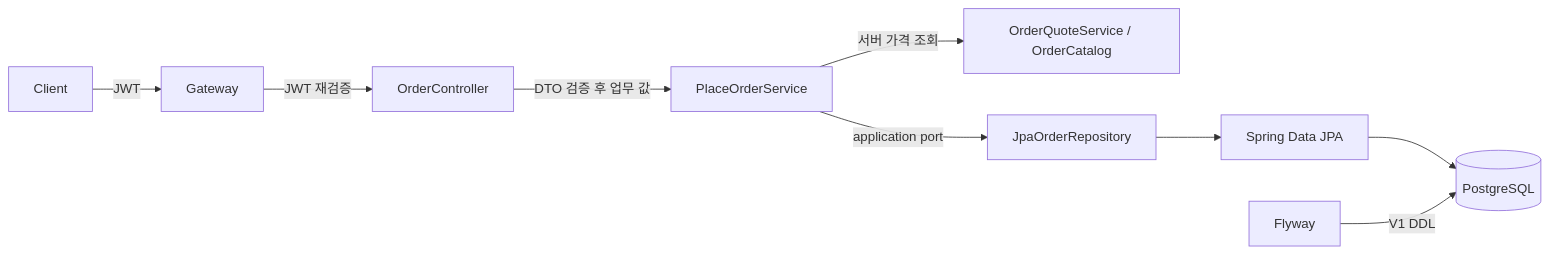
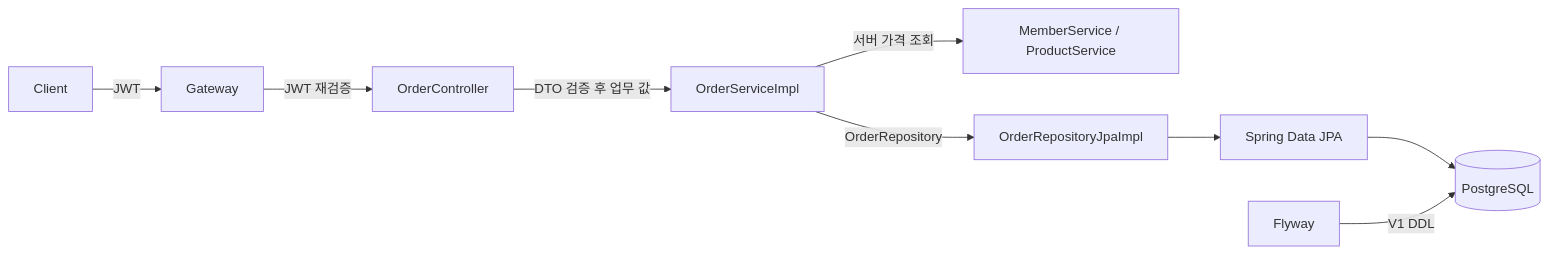
The diagram in docs/learning/12-postgresql-jpa-flyway.md (vaders-hub/spring-gateway-docker-sample), drawn with Mermaid before and after one commit. The commit also changed other lines of this file and 162 other files, not shown here.

First line of the commit message:
refactor: adopt service and repository package structure

````diff
--- a/docs/learning/12-postgresql-jpa-flyway.md
+++ b/docs/learning/12-postgresql-jpa-flyway.md
@@ -10,11 +10,11 @@
 ```mermaid
 flowchart LR
   Client -->|JWT| Gateway
   Gateway -->|JWT 재검증| Controller[OrderController]
-  Controller -->|DTO 검증 후 업무 값| Service[PlaceOrderService]
-  Service -->|서버 가격 조회| Quote[OrderQuoteService / OrderCatalog]
-  Service -->|application port| Adapter[JpaOrderRepository]
+  Controller -->|DTO 검증 후 업무 값| Service[OrderServiceImpl]
+  Service -->|서버 가격 조회| Catalog[MemberService / ProductService]
+  Service -->|OrderRepository| Adapter[OrderRepositoryJpaImpl]
   Adapter --> SpringData[Spring Data JPA]
   SpringData --> DB[(PostgreSQL)]
   Flyway -->|V1 DDL| DB
 ```
````
